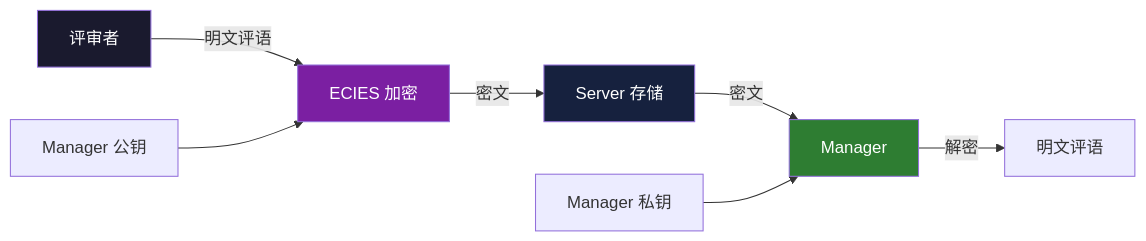
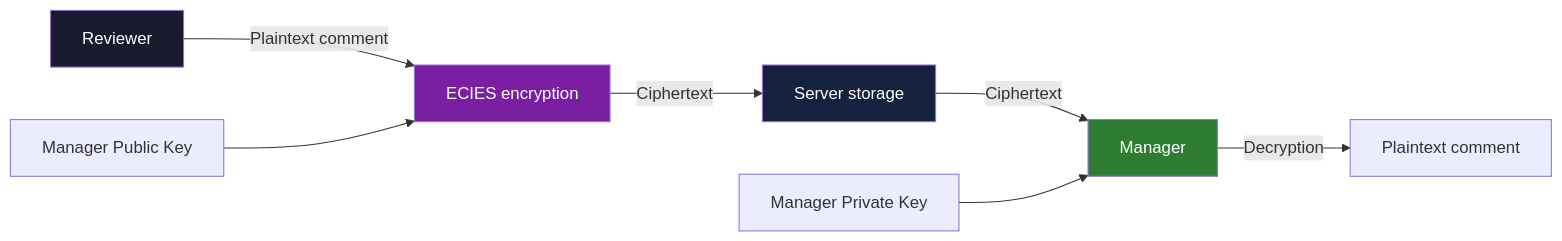
Before and after one commit to stars-labs/cryptograph-onboarding-trainning: the sixth of 9 diagrams in docs/project/zkp-360-review.mdx, drawn with Mermaid. The commit also changed other lines of this file and 15 other files, not shown here.

````diff
--- a/docs/project/zkp-360-review.mdx
+++ b/docs/project/zkp-360-review.mdx
@@ -912,14 +912,14 @@
 ```mermaid
 flowchart LR
-    A[评审者] -->|明文评语| B[ECIES 加密]
-    C[Manager 公钥] --> B
-    B -->|密文| D[Server 存储]
-    D -->|密文| E[Manager]
-    F[Manager 私钥] --> E
-    E -->|解密| G[明文评语]
+    A[Reviewer] -->|Plaintext comment| B[ECIES encryption]
+    C[Manager Public Key] --> B
+    B -->|Ciphertext| D[Server storage]
+    D -->|Ciphertext| E[Manager]
+    F[Manager Private Key] --> E
+    E -->|Decryption| G[Plaintext comment]
 
     style A fill:#1a1a2e,color:#fff
     style B fill:#7b1fa2,color:#fff
     style D fill:#16213e,color:#fff
     style E fill:#2e7d32,color:#fff
 ```
````
